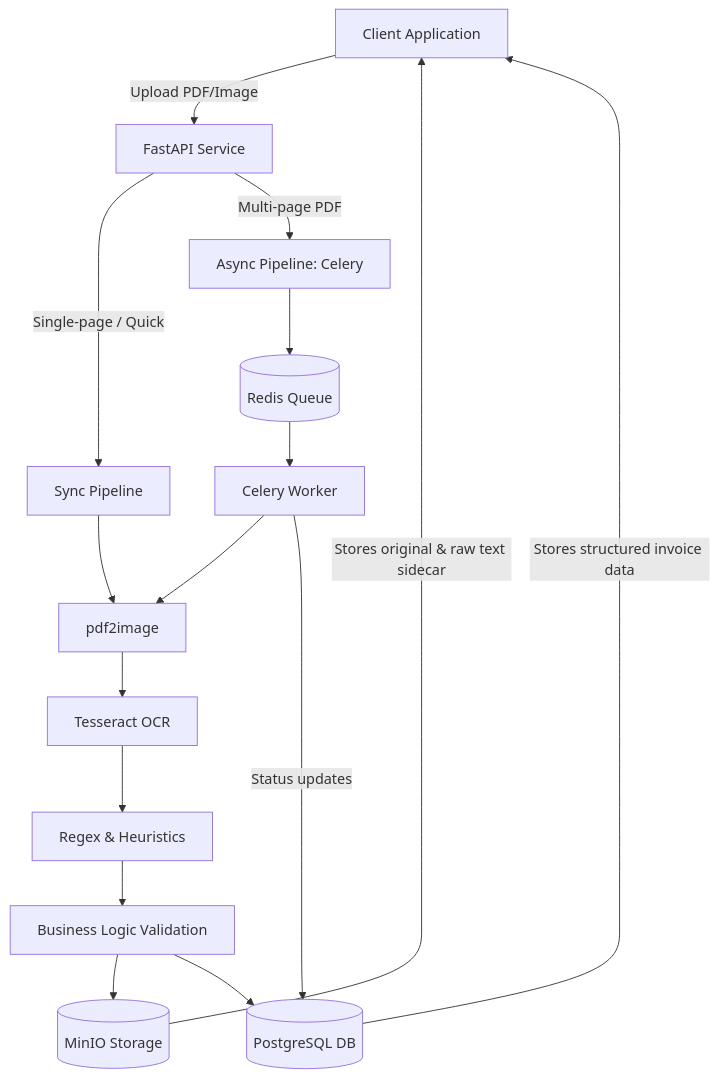
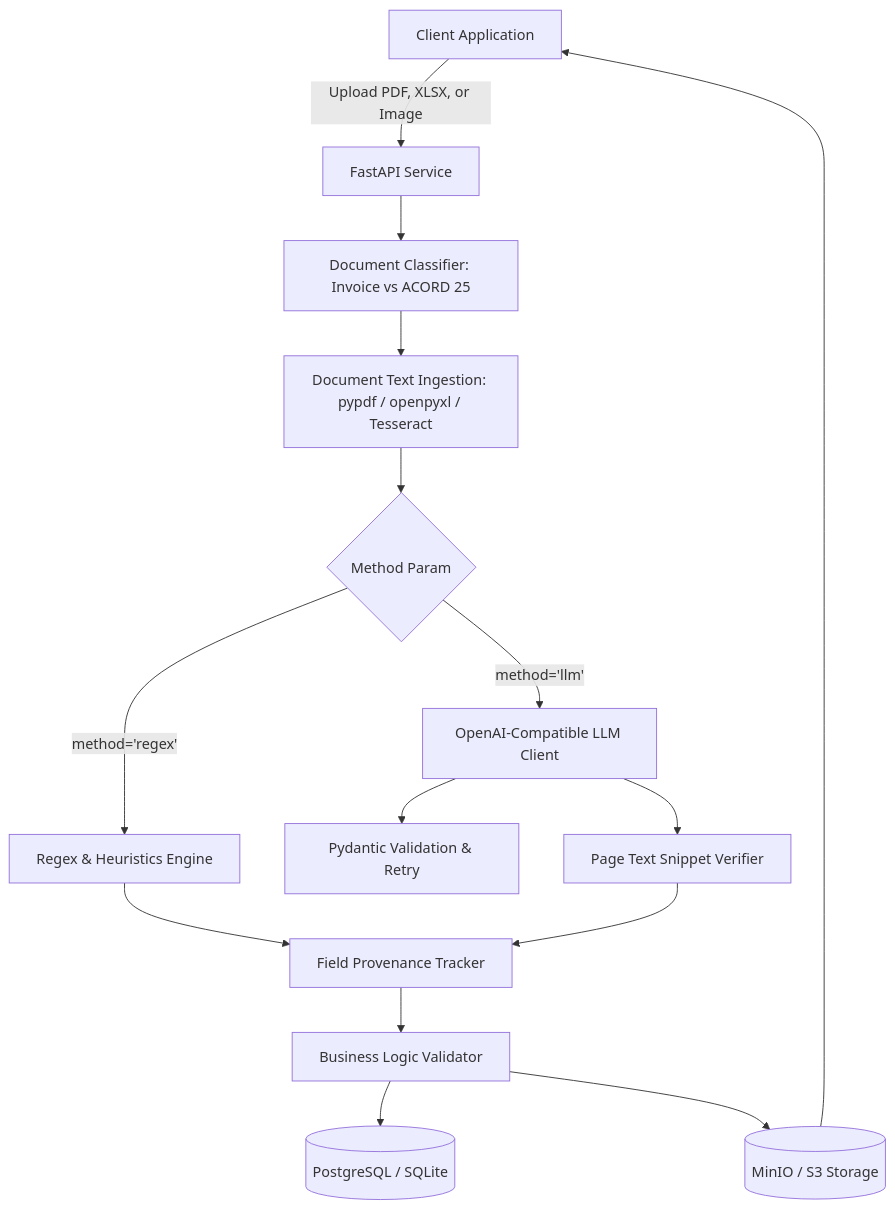
The diagram in invoice-processor/README.md (valarcon1226/qa-automation-portfolio), drawn with Mermaid before and after one commit. The commit also changed other lines of this file and 100 other files, not shown here.

First line of the commit message:
Invoice processor: ACORD 25 certificates, Excel input, LLM route with field provenance, evaluation on 40 labelled documents

````diff
--- a/invoice-processor/README.md
+++ b/invoice-processor/README.md
@@ -9,23 +62,22 @@
 ```mermaid
 flowchart TD
-    Client[Client Application] -->|Upload PDF/Image| FastAPI[FastAPI Service]
+    Client[Client Application] -->|Upload PDF, XLSX, or Image| FastAPI[FastAPI Service]
     
-    FastAPI -->|Single-page / Quick| SyncProcess[Sync Pipeline]
-    FastAPI -->|Multi-page PDF| AsyncProcess[Async Pipeline: Celery]
+    FastAPI --> DocDetect[Document Classifier: Invoice vs ACORD 25]
+    DocDetect --> Ingestion[Document Text Ingestion: pypdf / openpyxl / Tesseract]
     
-    AsyncProcess --> Redis[(Redis Queue)]
-    Redis --> Worker[Celery Worker]
-    Worker --> PDF2Img[pdf2image]
+    Ingestion --> Router{Method Param}
+    Router -->|method='regex'| RegexEngine[Regex & Heuristics Engine]
+    Router -->|method='llm'| LLMEngine[OpenAI-Compatible LLM Client]
     
-    SyncProcess --> PDF2Img
-    PDF2Img --> Tesseract[Tesseract OCR]
-    Tesseract --> Extraction[Regex & Heuristics]
-    Extraction --> Validation[Business Logic Validation]
+    LLMEngine --> PydanticVal[Pydantic Validation & Retry]
+    LLMEngine --> SnippetVerifier[Page Text Snippet Verifier]
     
-    Validation --> MinIO[(MinIO Storage)]
-    Validation --> Postgres[(PostgreSQL DB)]
+    RegexEngine --> Provenance[Field Provenance Tracker]
+    SnippetVerifier --> Provenance
     
-    MinIO -->|Stores original & raw text sidecar| Client
-    Postgres -->|Stores structured invoice data| Client
-    Worker -->|Status updates| Postgres
+    Provenance --> Validator[Business Logic Validator]
+    Validator --> DB[(PostgreSQL / SQLite)]
+    Validator --> Storage[(MinIO / S3 Storage)]
+    Storage --> Client
 ```
````
